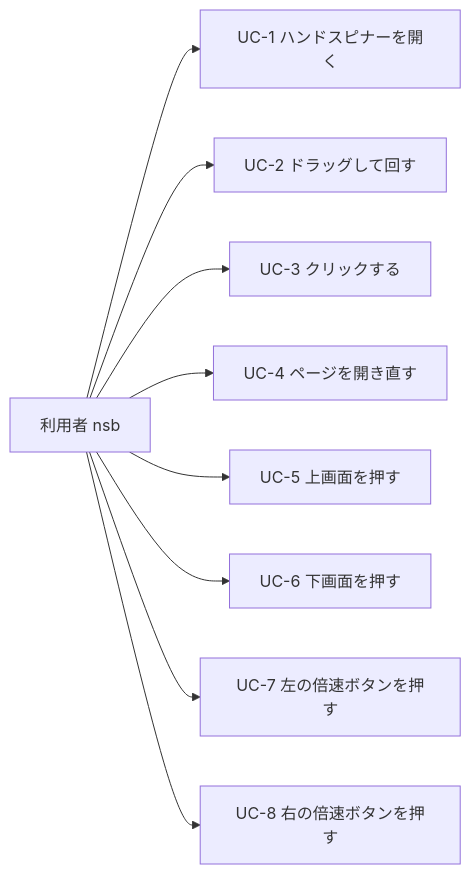
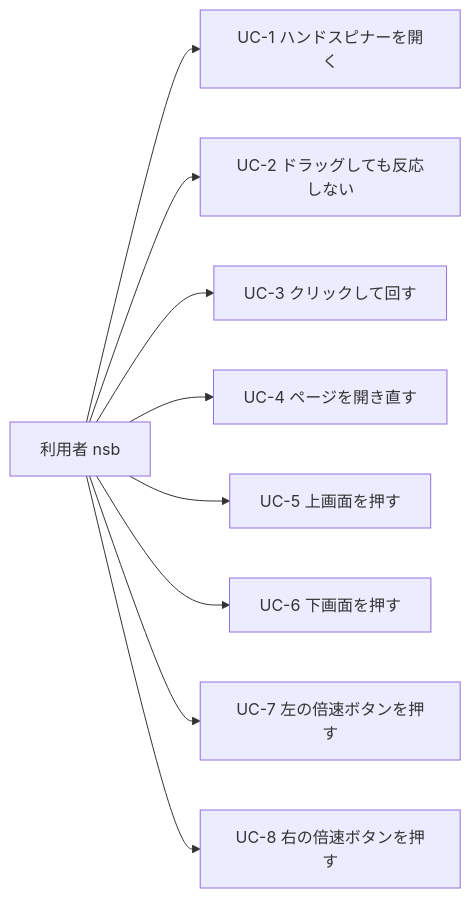
Before and after one commit to pfgnsb/hand-spinner: the first of 9 diagrams in spinner/ドキュメント/ユースケース.md, drawn with Mermaid. The commit also changed other lines of this file and 7 other files, not shown here.

````diff
--- a/spinner/ドキュメント/ユースケース.md
+++ b/spinner/ドキュメント/ユースケース.md
@@ -30,12 +30,12 @@
 ```mermaid
 flowchart LR
   user[利用者 nsb]
   user --> uc1[UC-1 ハンドスピナーを開く]
-  user --> uc2[UC-2 ドラッグして回す]
-  user --> uc3[UC-3 クリックする]
+  user --> uc2[UC-2 ドラッグしても反応しない]
+  user --> uc3[UC-3 クリックして回す]
   user --> uc4[UC-4 ページを開き直す]
   user --> uc5[UC-5 上画面を押す]
   user --> uc6[UC-6 下画面を押す]
   user --> uc7[UC-7 左の倍速ボタンを押す]
   user --> uc8[UC-8 右の倍速ボタンを押す]
 ```
````
